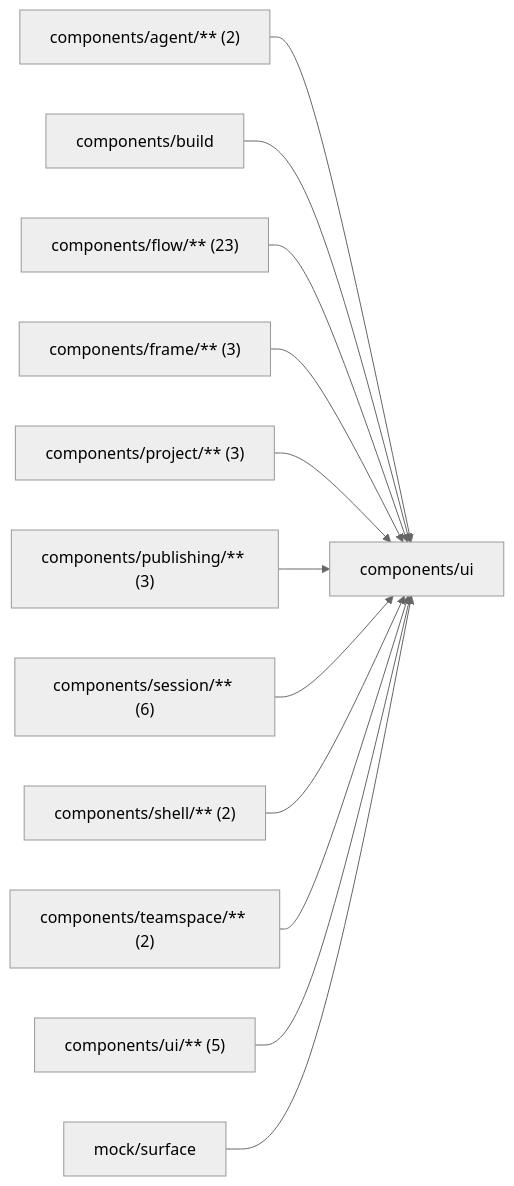
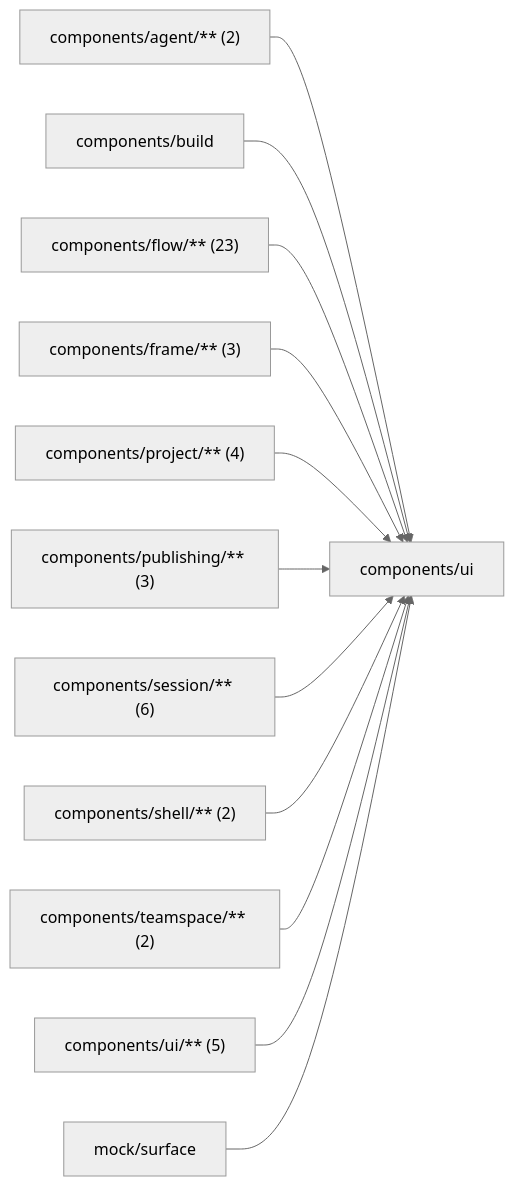
Before and after one commit to superdurable/superverse: the diagram in web/studio/components/ui/README.md, drawn with Mermaid (neutral theme). The commit also changed other lines of this file and 47 other files, not shown here.

````diff
--- a/web/studio/components/ui/README.md
+++ b/web/studio/components/ui/README.md
@@ -10,15 +10,15 @@
 ```mermaid
 flowchart LR
   self["components/ui"]
   c0["components/agent/** (2)"] --> self
   c1["components/build"] --> self
   c2["components/flow/** (23)"] --> self
   c3["components/frame/** (3)"] --> self
-  c4["components/project/** (3)"] --> self
+  c4["components/project/** (4)"] --> self
   c5["components/publishing/** (3)"] --> self
   c6["components/session/** (6)"] --> self
   c7["components/shell/** (2)"] --> self
   c8["components/teamspace/** (2)"] --> self
   c9["components/ui/** (5)"] --> self
   c10["mock/surface"] --> self
 ```
````
